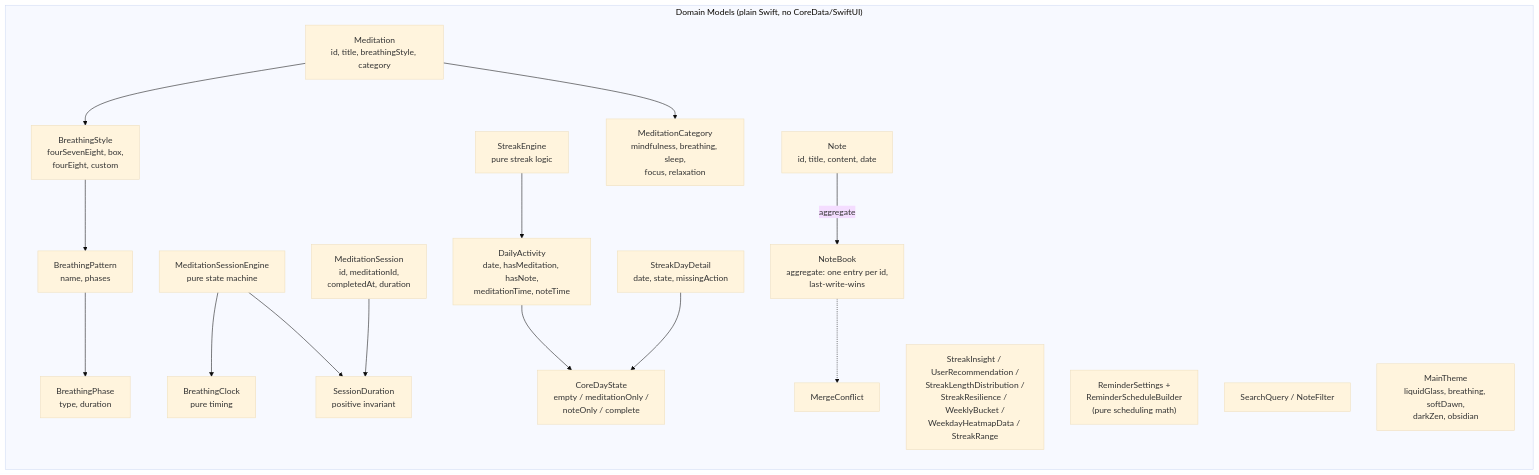
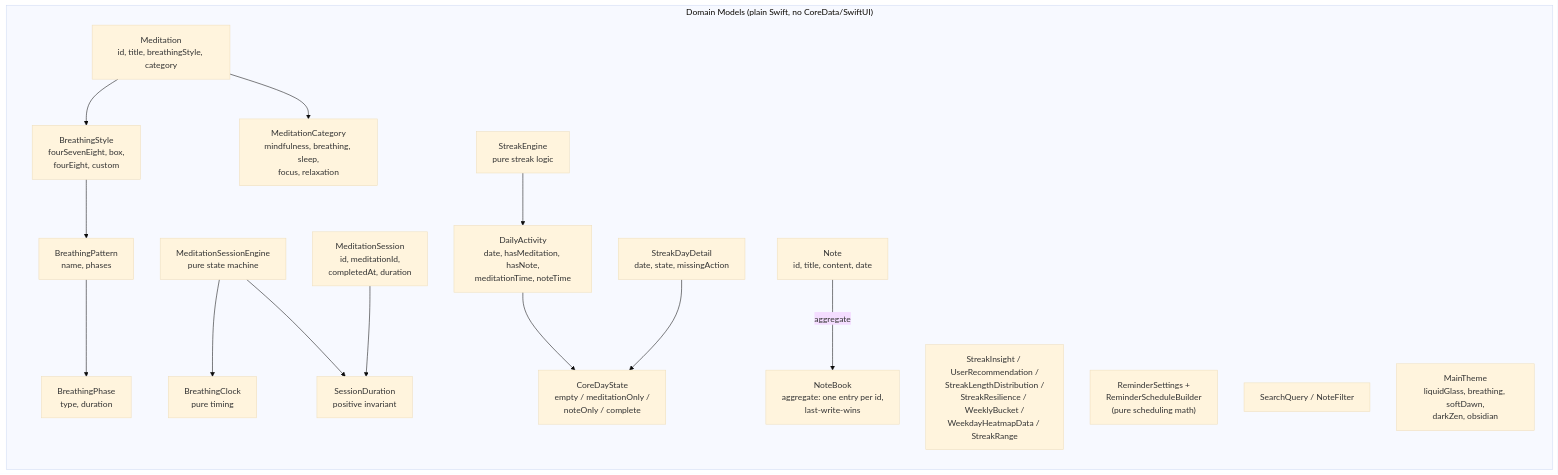
One commit to kwazzar/MeditateAndNote changed the fourth of 8 diagrams in ARCHITECTURE.md. Above: the diagram before and after it, drawn with Mermaid (base theme). The commit also changed other lines of this file and 1 other file, not shown here.

First line of the commit message:
docs(arch): remove dead remote sync layer from ARCHITECTURE.md

````diff
--- a/ARCHITECTURE.md
+++ b/ARCHITECTURE.md
@@ -214,38 +214,36 @@
 ```mermaid
 graph LR
     subgraph Models["Domain Models (plain Swift, no CoreData/SwiftUI)"]
         Note["Note<br/>id, title, content, date"]
         NoteBook["NoteBook<br/>aggregate: one entry per id,<br/>last-write-wins"]
-        MergeConflict["MergeConflict"]
         Meditation["Meditation<br/>id, title, breathingStyle, category"]
         BreathingStyle["BreathingStyle<br/>fourSevenEight, box,<br/>fourEight, custom"]
         BreathingPattern["BreathingPattern<br/>name, phases"]
         BreathingPhase["BreathingPhase<br/>type, duration"]
         MeditationCategory["MeditationCategory<br/>mindfulness, breathing, sleep,<br/>focus, relaxation"]
         Session["MeditationSession<br/>id, meditationId,<br/>completedAt, duration"]
         SessionDuration["SessionDuration<br/>positive invariant"]
         Engine["MeditationSessionEngine<br/>pure state machine"]
         Clock["BreathingClock<br/>pure timing"]
         DayState["CoreDayState<br/>empty / meditationOnly /<br/>noteOnly / complete"]
         DailyAct["DailyActivity<br/>date, hasMeditation, hasNote,<br/>meditationTime, noteTime"]
         DayDetail["StreakDayDetail<br/>date, state, missingAction"]
         StreakEngine["StreakEngine<br/>pure streak logic"]
         InsightVO["StreakInsight / UserRecommendation /<br/>StreakLengthDistribution /<br/>StreakResilience / WeeklyBucket /<br/>WeekdayHeatmapData / StreakRange"]
         RemindVO["ReminderSettings +<br/>ReminderScheduleBuilder<br/>(pure scheduling math)"]
         Search["SearchQuery / NoteFilter"]
         MainTheme["MainTheme<br/>liquidGlass, breathing, softDawn,<br/>darkZen, obsidian"]
     end
 
     Meditation --> BreathingStyle
     BreathingStyle --> BreathingPattern
     BreathingPattern --> BreathingPhase
     Meditation --> MeditationCategory
     Engine --> Clock
     Engine --> SessionDuration
     Session --> SessionDuration
     DailyAct --> DayState
     DayDetail --> DayState
     StreakEngine --> DailyAct
     Note -- aggregate --> NoteBook
-    NoteBook -.-> MergeConflict
 ```
````
